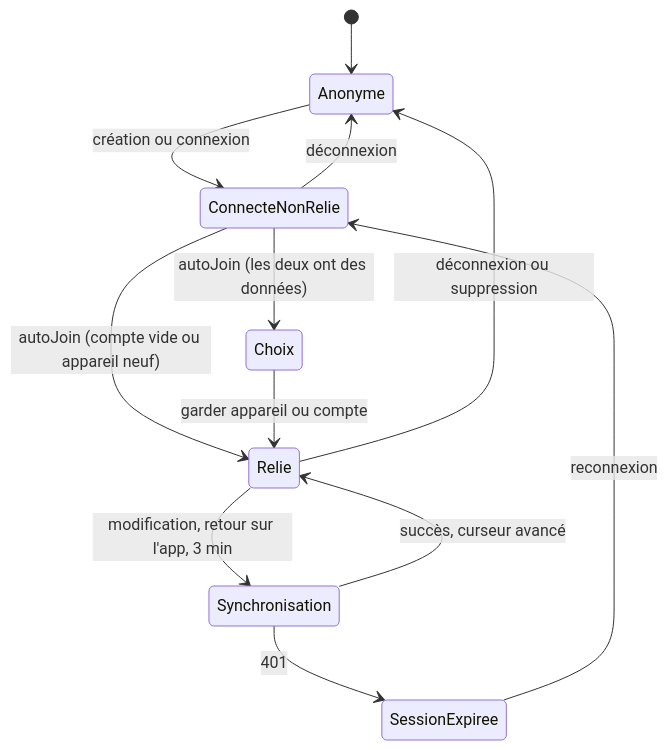
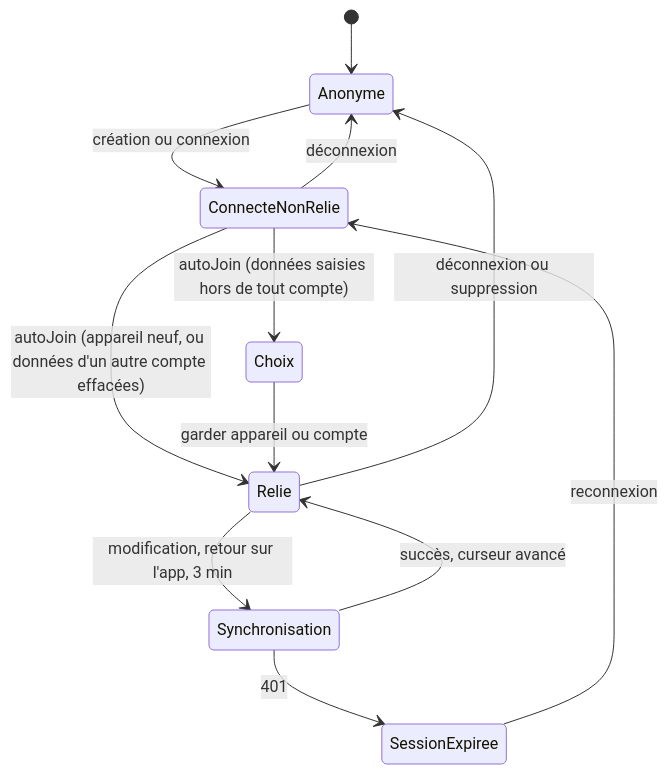
One commit to SENE-Pablo-2326099b/mylife changed the third of 6 diagrams in docs/ARCHITECTURE.md. Above: the diagram before and after it, drawn with Mermaid. The commit also changed other lines of this file and 63 other files, not shown here.

````diff
--- a/docs/ARCHITECTURE.md
+++ b/docs/ARCHITECTURE.md
@@ -207,14 +208,14 @@
 ```mermaid
 stateDiagram-v2
     [*] --> Anonyme
     Anonyme --> ConnecteNonRelie : création ou connexion
-    ConnecteNonRelie --> Relie : autoJoin (compte vide ou appareil neuf)
-    ConnecteNonRelie --> Choix : autoJoin (les deux ont des données)
+    ConnecteNonRelie --> Relie : autoJoin (appareil neuf, ou données d'un autre compte effacées)
+    ConnecteNonRelie --> Choix : autoJoin (données saisies hors de tout compte)
     Choix --> Relie : garder appareil ou compte
     Relie --> Synchronisation : modification, retour sur l'app, 3 min
     Synchronisation --> Relie : succès, curseur avancé
     Synchronisation --> SessionExpiree : 401
     SessionExpiree --> ConnecteNonRelie : reconnexion
     Relie --> Anonyme : déconnexion ou suppression
     ConnecteNonRelie --> Anonyme : déconnexion
 ```
````
